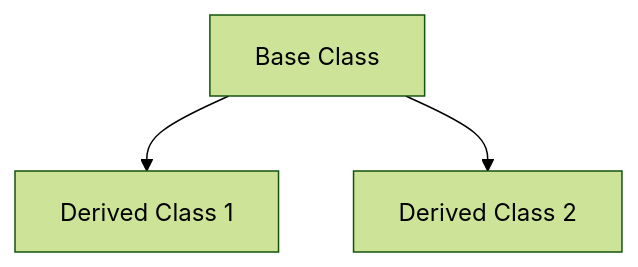
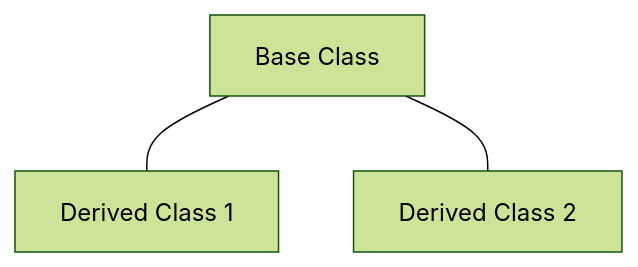
One commit to UsmanAshfaq14/Artificial-Intelligence-Machine-Learning-Course changed the eighth of 13 diagrams in OOP/Readme.md. Above: the diagram before and after it, drawn with Mermaid (forest theme). The commit also changed other lines of this file and 8 other files, not shown here.

````diff
--- a/OOP/Readme.md
+++ b/OOP/Readme.md
@@ -164,5 +164,5 @@
 ```mermaid
 flowchart TD
-    A[Base Class] --> B[Derived Class 1]
-    A --> C[Derived Class 2]
+    A[Base Class] --- B[Derived Class 1]
+    A --- C[Derived Class 2]
 ```
````
